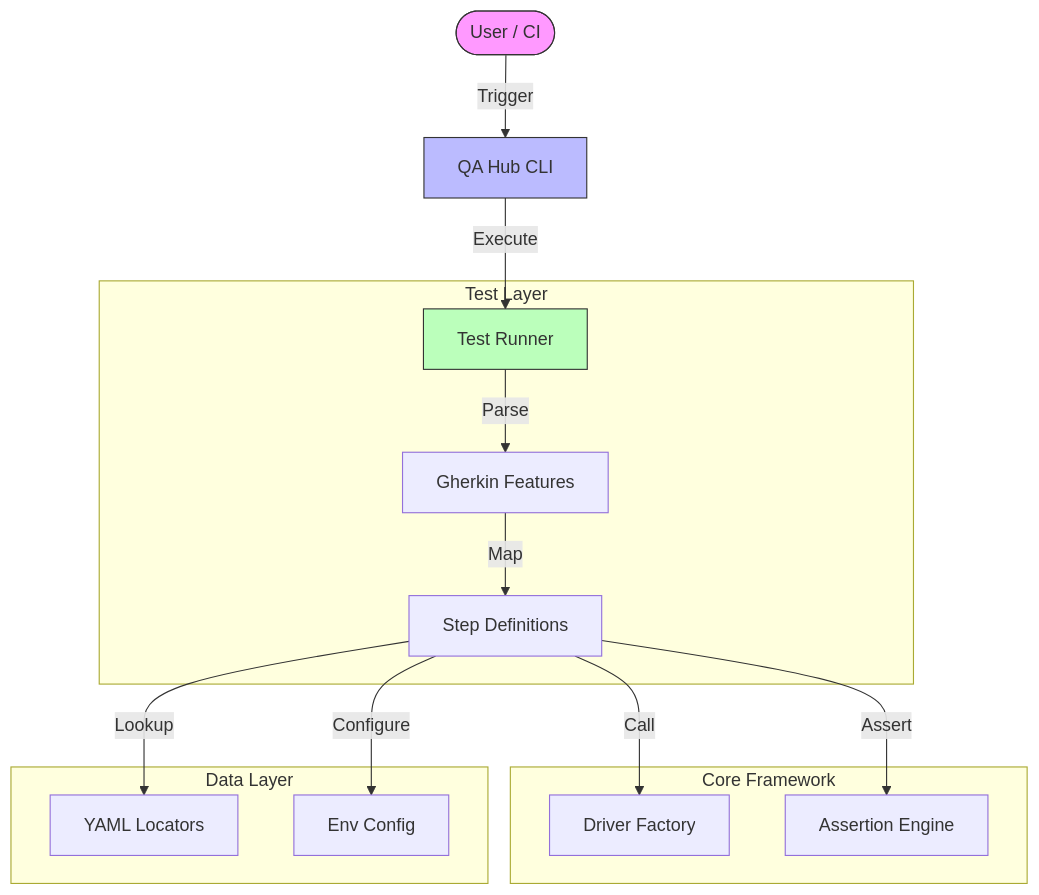
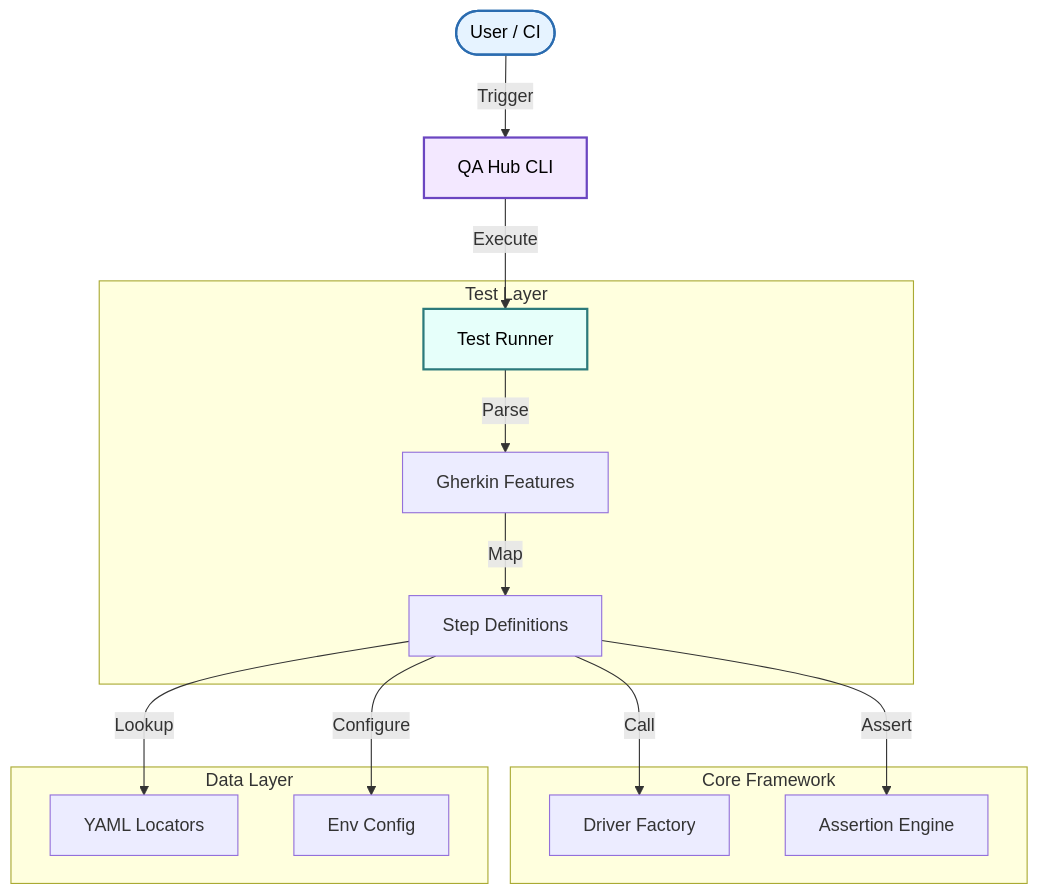
Before and after one commit to carlos-camara/qa-hub-framework-example: the diagram in README.md, drawn with Mermaid.

Commit message:
docs: refine mermaid diagram colors for professional aesthetic

````diff
--- a/README.md
+++ b/README.md
@@ -50,24 +50,24 @@
 ```mermaid
 graph TD
     User([User / CI]) -->|Trigger| CLI[QA Hub CLI]
     CLI -->|Execute| Runner[Test Runner]
     
     subgraph Test Layer
         Runner -->|Parse| Features[Gherkin Features]
         Features -->|Map| Steps[Step Definitions]
     end
     
     subgraph Core Framework
         Steps -->|Call| Driver[Driver Factory]
         Steps -->|Assert| Validators[Assertion Engine]
     end
     
     subgraph Data Layer
         Steps -->|Lookup| YAML[YAML Locators]
         Steps -->|Configure| Config[Env Config]
     end
     
-    style User fill:#f9f,stroke:#333
-    style CLI fill:#bbf,stroke:#333
-    style Runner fill:#bfb,stroke:#333
+    style User fill:#e6f3ff,stroke:#2b6cb0,stroke-width:2px,color:#000
+    style CLI fill:#f3e8ff,stroke:#6b46c1,stroke-width:2px,color:#000
+    style Runner fill:#e6fffa,stroke:#2c7a7b,stroke-width:2px,color:#000
 ```
````
